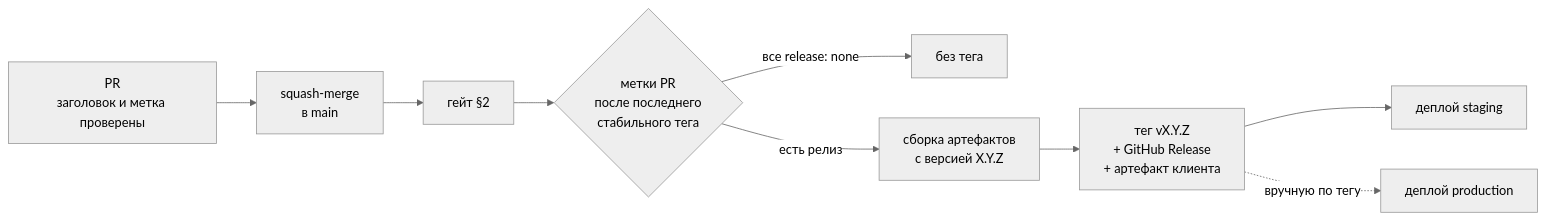
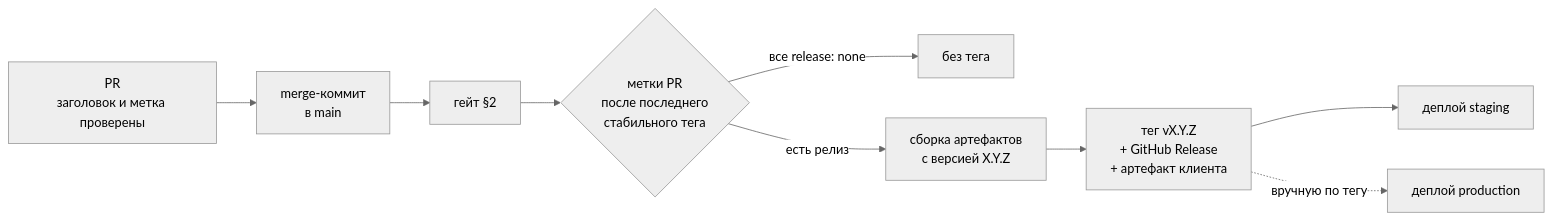
One commit to JJSGxKD/rubezh changed the diagram in docs/09-ci-cd.md. Above: the diagram before and after it, drawn with Mermaid (neutral theme). The commit also changed other lines of this file and 2 other files, not shown here.

First line of the commit message:
docs: Закрепи дробные коммиты и merge-коммит для PR

````diff
--- a/docs/09-ci-cd.md
+++ b/docs/09-ci-cd.md
@@ -253,11 +259,11 @@
 ```mermaid
 flowchart LR
-    PR["PR<br/>заголовок и метка проверены"] --> SQ["squash-merge<br/>в main"]
+    PR["PR<br/>заголовок и метка проверены"] --> SQ["merge-коммит<br/>в main"]
     SQ --> GATE["гейт §2"]
     GATE --> VER{"метки PR<br/>после последнего<br/>стабильного тега"}
     VER -- "все release: none" --> STOP["без тега"]
     VER -- "есть релиз" --> BUILD["сборка артефактов<br/>с версией X.Y.Z"]
     BUILD --> TAG["тег vX.Y.Z<br/>+ GitHub Release<br/>+ артефакт клиента"]
     TAG --> STG["деплой staging"]
     TAG -.вручную по тегу.-> PROD["деплой production"]
 ```
````
